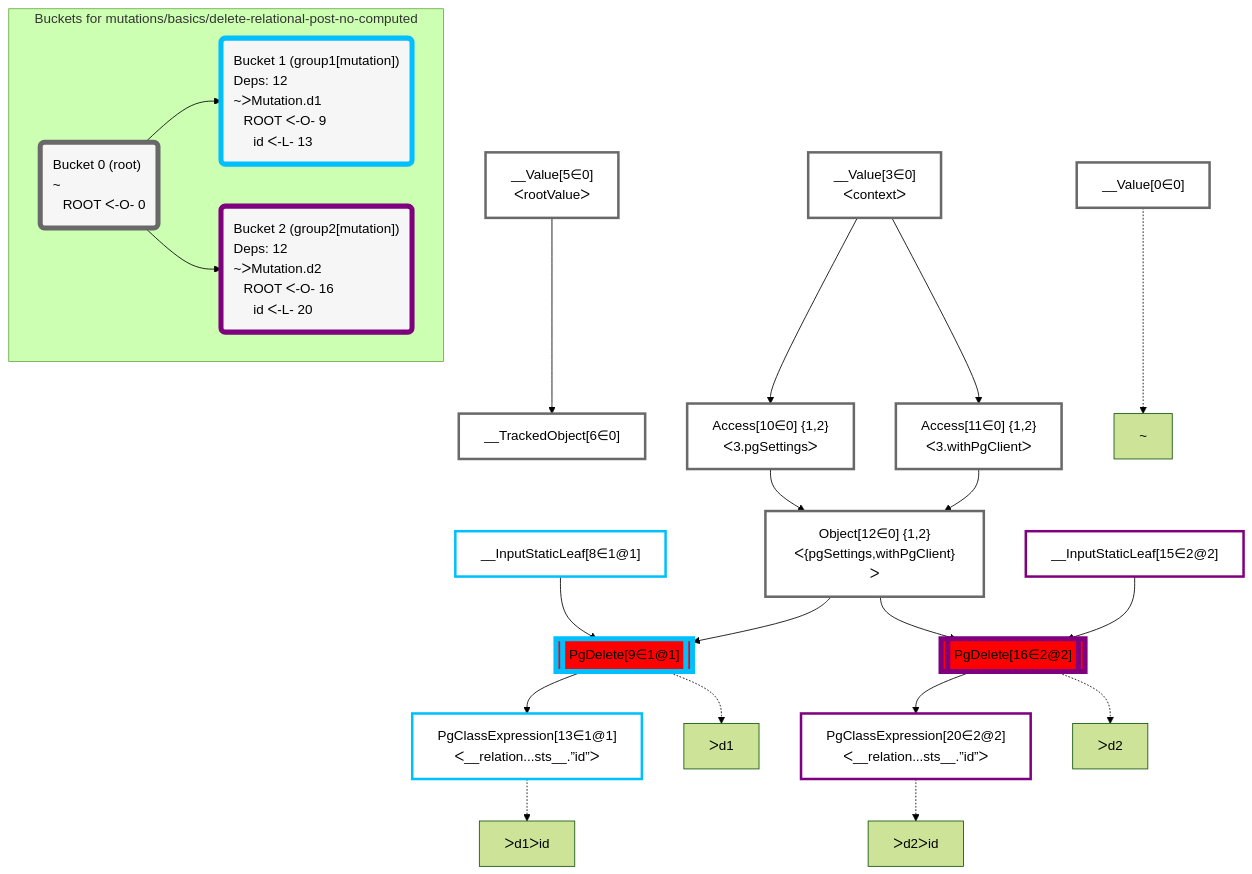
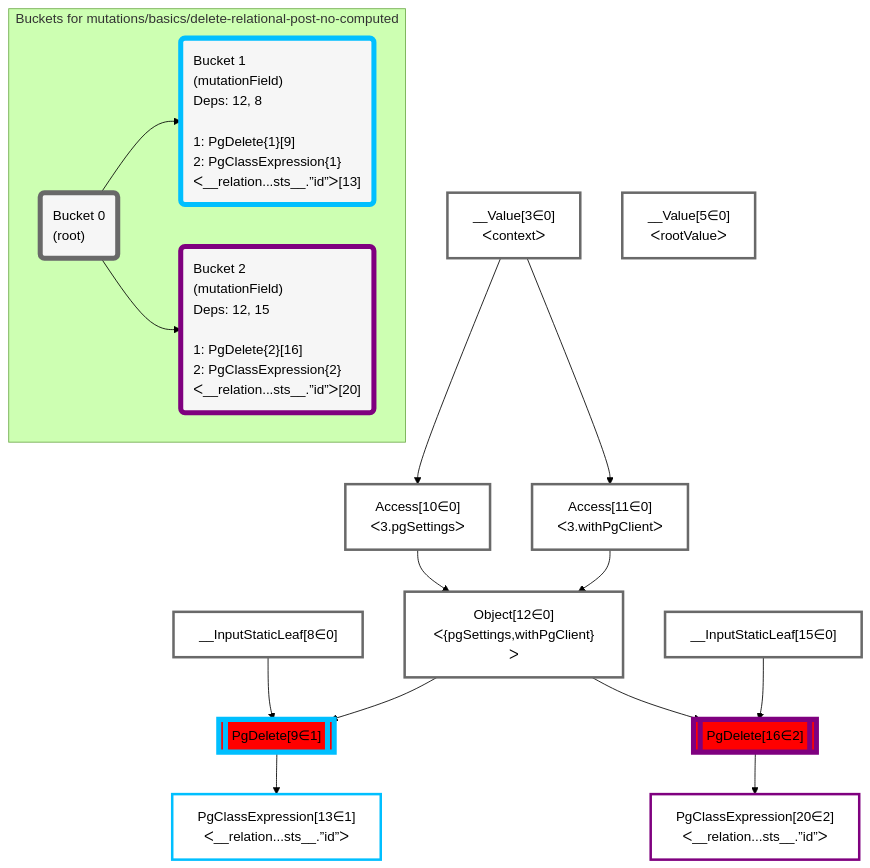
The diagram in packages/dataplan-pg/__tests__/mutations/basics/delete-relational-post-no-computed.mermaid (graphile/crystal), drawn with Mermaid (forest theme) before and after one commit. The commit also changed 9 other files, not shown here.

Commit message:
Update mermaid snapshots

```diff
--- a/packages/dataplan-pg/__tests__/mutations/basics/delete-relational-post-no-computed.mermaid
+++ b/packages/dataplan-pg/__tests__/mutations/basics/delete-relational-post-no-computed.mermaid
@@ -1,57 +1,44 @@
 graph TD
     classDef path fill:#eee,stroke:#000,color:#000
     classDef plan fill:#fff,stroke-width:3px,color:#000
     classDef itemplan fill:#fff,stroke-width:6px,color:#000
     classDef sideeffectplan fill:#f00,stroke-width:6px,color:#000
     classDef bucket fill:#f6f6f6,color:#000,stroke-width:6px,text-align:left
 
 
-    %% define plans
-    __Value0["__Value[0∈0]"]:::plan
+    %% define steps
     __Value3["__Value[3∈0]<br />ᐸcontextᐳ"]:::plan
     __Value5["__Value[5∈0]<br />ᐸrootValueᐳ"]:::plan
-    __TrackedObject6["__TrackedObject[6∈0]"]:::plan
-    __InputStaticLeaf8["__InputStaticLeaf[8∈1@1]"]:::plan
-    Access10["Access[10∈0] {1,2}<br />ᐸ3.pgSettingsᐳ"]:::plan
-    Access11["Access[11∈0] {1,2}<br />ᐸ3.withPgClientᐳ"]:::plan
-    Object12["Object[12∈0] {1,2}<br />ᐸ{pgSettings,withPgClient}ᐳ"]:::plan
-    PgDelete9[["PgDelete[9∈1@1]"]]:::sideeffectplan
-    PgClassExpression13["PgClassExpression[13∈1@1]<br />ᐸ__relation...sts__.”id”ᐳ"]:::plan
-    __InputStaticLeaf15["__InputStaticLeaf[15∈2@2]"]:::plan
-    PgDelete16[["PgDelete[16∈2@2]"]]:::sideeffectplan
-    PgClassExpression20["PgClassExpression[20∈2@2]<br />ᐸ__relation...sts__.”id”ᐳ"]:::plan
+    __InputStaticLeaf8["__InputStaticLeaf[8∈0]"]:::plan
+    Access10["Access[10∈0]<br />ᐸ3.pgSettingsᐳ"]:::plan
+    Access11["Access[11∈0]<br />ᐸ3.withPgClientᐳ"]:::plan
+    Object12["Object[12∈0]<br />ᐸ{pgSettings,withPgClient}ᐳ"]:::plan
+    PgDelete9[["PgDelete[9∈1]"]]:::sideeffectplan
+    PgClassExpression13["PgClassExpression[13∈1]<br />ᐸ__relation...sts__.”id”ᐳ"]:::plan
+    __InputStaticLeaf15["__InputStaticLeaf[15∈0]"]:::plan
+    PgDelete16[["PgDelete[16∈2]"]]:::sideeffectplan
+    PgClassExpression20["PgClassExpression[20∈2]<br />ᐸ__relation...sts__.”id”ᐳ"]:::plan
 
     %% plan dependencies
-    __Value5 --> __TrackedObject6
     __Value3 --> Access10
     __Value3 --> Access11
     Access10 & Access11 --> Object12
     Object12 & __InputStaticLeaf8 --> PgDelete9
     PgDelete9 --> PgClassExpression13
     Object12 & __InputStaticLeaf15 --> PgDelete16
     PgDelete16 --> PgClassExpression20
 
     %% plan-to-path relationships
-    P0["~"]
-    __Value0 -.-> P0
-    P9["ᐳd1"]
-    PgDelete9 -.-> P9
-    P13["ᐳd1ᐳid"]
-    PgClassExpression13 -.-> P13
-    P16["ᐳd2"]
-    PgDelete16 -.-> P16
-    P20["ᐳd2ᐳid"]
-    PgClassExpression20 -.-> P20
 
     subgraph "Buckets for mutations/basics/delete-relational-post-no-computed"
-    Bucket0("Bucket 0 (root)<br />~<br />⠀ROOT ᐸ-O- 0"):::bucket
+    Bucket0("Bucket 0<br />(root)"):::bucket
     classDef bucket0 stroke:#696969
-    class Bucket0,__Value0,__Value3,__Value5,__TrackedObject6,Access10,Access11,Object12 bucket0
-    Bucket1("Bucket 1 (group1[mutation])<br />Deps: 12<br />~ᐳMutation.d1<br />⠀ROOT ᐸ-O- 9<br />⠀⠀id ᐸ-L- 13"):::bucket
+    class Bucket0,__Value3,__Value5,__InputStaticLeaf8,Access10,Access11,Object12,__InputStaticLeaf15 bucket0
+    Bucket1("Bucket 1<br />(mutationField)<br />Deps: 12, 8<br /><br />1: PgDelete{1}[9]<br />2: PgClassExpression{1}ᐸ__relation...sts__.”id”ᐳ[13]"):::bucket
     classDef bucket1 stroke:#00bfff
-    class Bucket1,__InputStaticLeaf8,PgDelete9,PgClassExpression13 bucket1
-    Bucket2("Bucket 2 (group2[mutation])<br />Deps: 12<br />~ᐳMutation.d2<br />⠀ROOT ᐸ-O- 16<br />⠀⠀id ᐸ-L- 20"):::bucket
+    class Bucket1,PgDelete9,PgClassExpression13 bucket1
+    Bucket2("Bucket 2<br />(mutationField)<br />Deps: 12, 15<br /><br />1: PgDelete{2}[16]<br />2: PgClassExpression{2}ᐸ__relation...sts__.”id”ᐳ[20]"):::bucket
     classDef bucket2 stroke:#7f007f
-    class Bucket2,__InputStaticLeaf15,PgDelete16,PgClassExpression20 bucket2
+    class Bucket2,PgDelete16,PgClassExpression20 bucket2
     Bucket0 --> Bucket1 & Bucket2
     end
```
